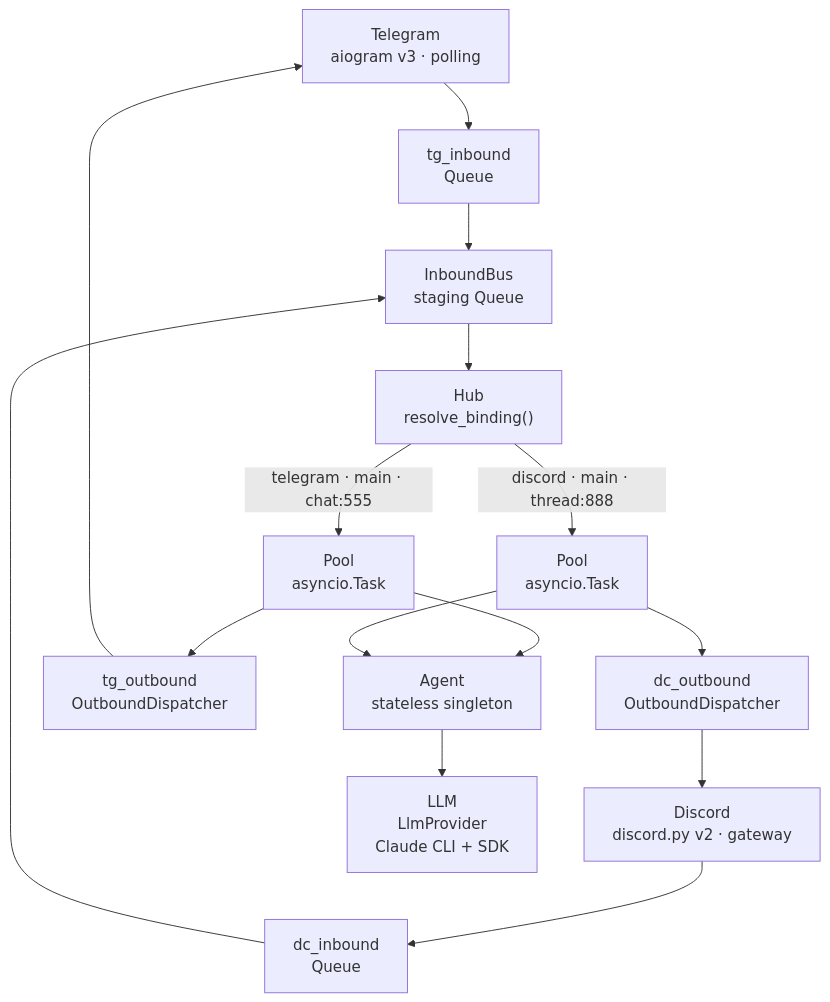
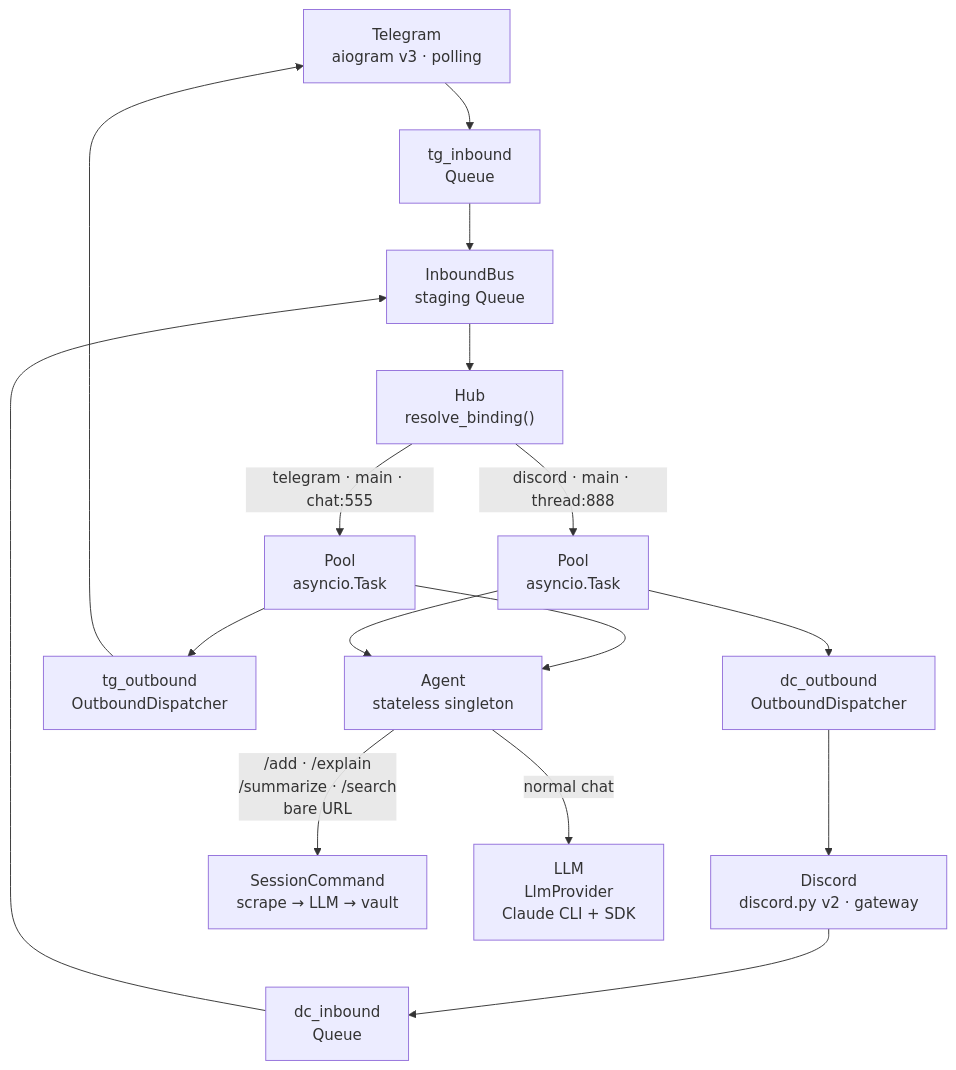
The diagram in README.md (Roxabi/lyra), drawn with Mermaid before and after one commit. The commit also changed other lines of this file and 3 other files, not shown here.

````diff
--- a/README.md
+++ b/README.md
@@ -29,17 +29,18 @@
 ```mermaid
 flowchart TD
     TG["Telegram<br/>aiogram v3 · polling"] --> TQ["tg_inbound<br/>Queue"]
     DC["Discord<br/>discord.py v2 · gateway"] --> DQ["dc_inbound<br/>Queue"]
     TQ --> STG["InboundBus<br/>staging Queue"]
     DQ --> STG
     STG --> HUB["Hub<br/>resolve_binding()"]
     HUB -->|"telegram · main · chat:555"| P1["Pool<br/>asyncio.Task"]
     HUB -->|"discord · main · thread:888"| P2["Pool<br/>asyncio.Task"]
     P1 --> AGENT["Agent<br/>stateless singleton"]
     P2 --> AGENT
-    AGENT --> LLM["LLM<br/>LlmProvider<br/>Claude CLI + SDK"]
+    AGENT -->|"/add · /explain<br/>/summarize · /search<br/>bare URL"| SC["SessionCommand<br/>scrape → LLM → vault"]
+    AGENT -->|"normal chat"| LLM["LLM<br/>LlmProvider<br/>Claude CLI + SDK"]
     P1 --> TGO["tg_outbound<br/>OutboundDispatcher"]
     P2 --> DCO["dc_outbound<br/>OutboundDispatcher"]
     TGO --> TG
     DCO --> DC
 ```
````
